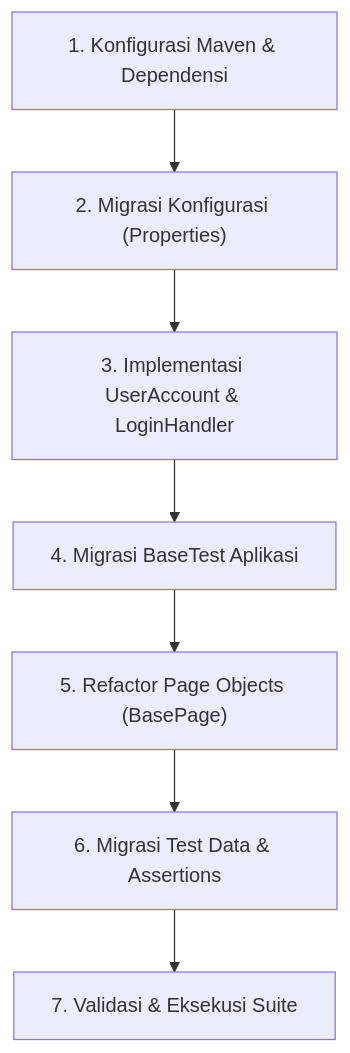
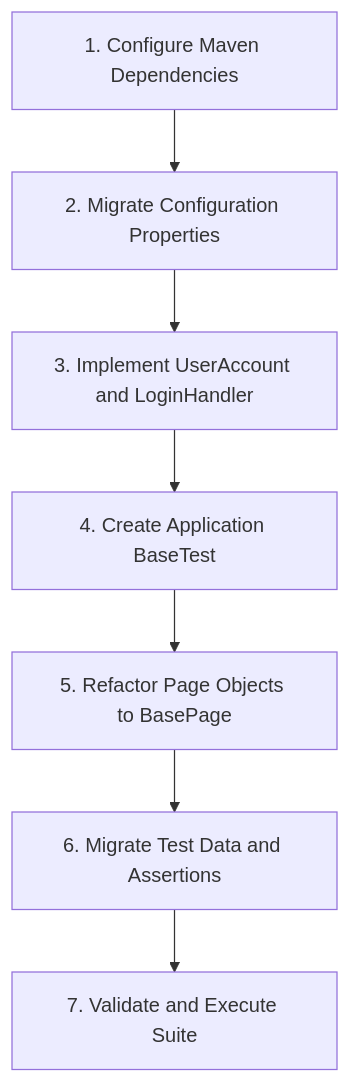
The diagram in docs/framework/migration-guide.md (NurAhmad1102/selenium-automation-framework), drawn with Mermaid before and after one commit. The commit also changed other lines of this file and 6 other files, not shown here.

````diff
--- a/docs/framework/migration-guide.md
+++ b/docs/framework/migration-guide.md
@@ -22,9 +22,9 @@
 ```mermaid
 flowchart TD
-    S1["1. Konfigurasi Maven & Dependensi"] --> S2["2. Migrasi Konfigurasi (Properties)"]
-    S2 --> S3["3. Implementasi UserAccount & LoginHandler"]
-    S3 --> S4["4. Migrasi BaseTest Aplikasi"]
-    S4 --> S5["5. Refactor Page Objects (BasePage)"]
-    S5 --> S6["6. Migrasi Test Data & Assertions"]
-    S6 --> S7["7. Validasi & Eksekusi Suite"]
+    S1["1. Configure Maven Dependencies"] --> S2["2. Migrate Configuration Properties"]
+    S2 --> S3["3. Implement UserAccount and LoginHandler"]
+    S3 --> S4["4. Create Application BaseTest"]
+    S4 --> S5["5. Refactor Page Objects to BasePage"]
+    S5 --> S6["6. Migrate Test Data and Assertions"]
+    S6 --> S7["7. Validate and Execute Suite"]
 ```
````
